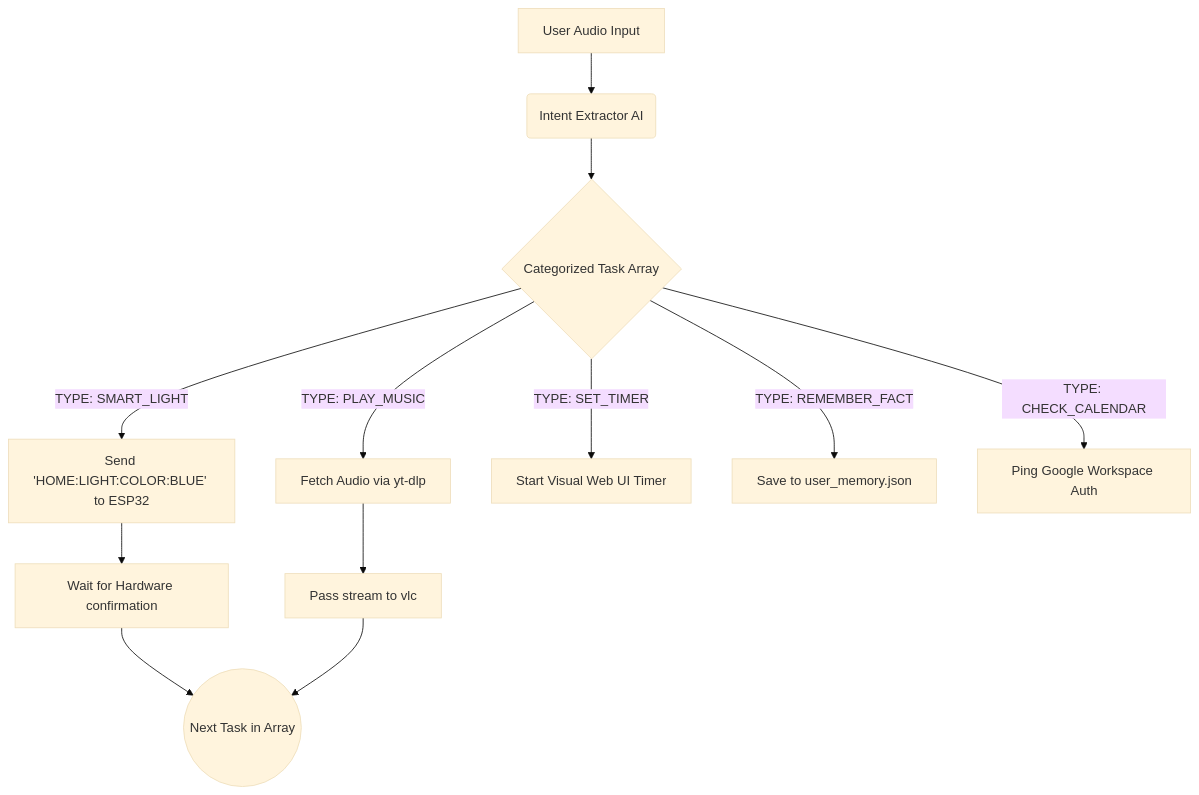
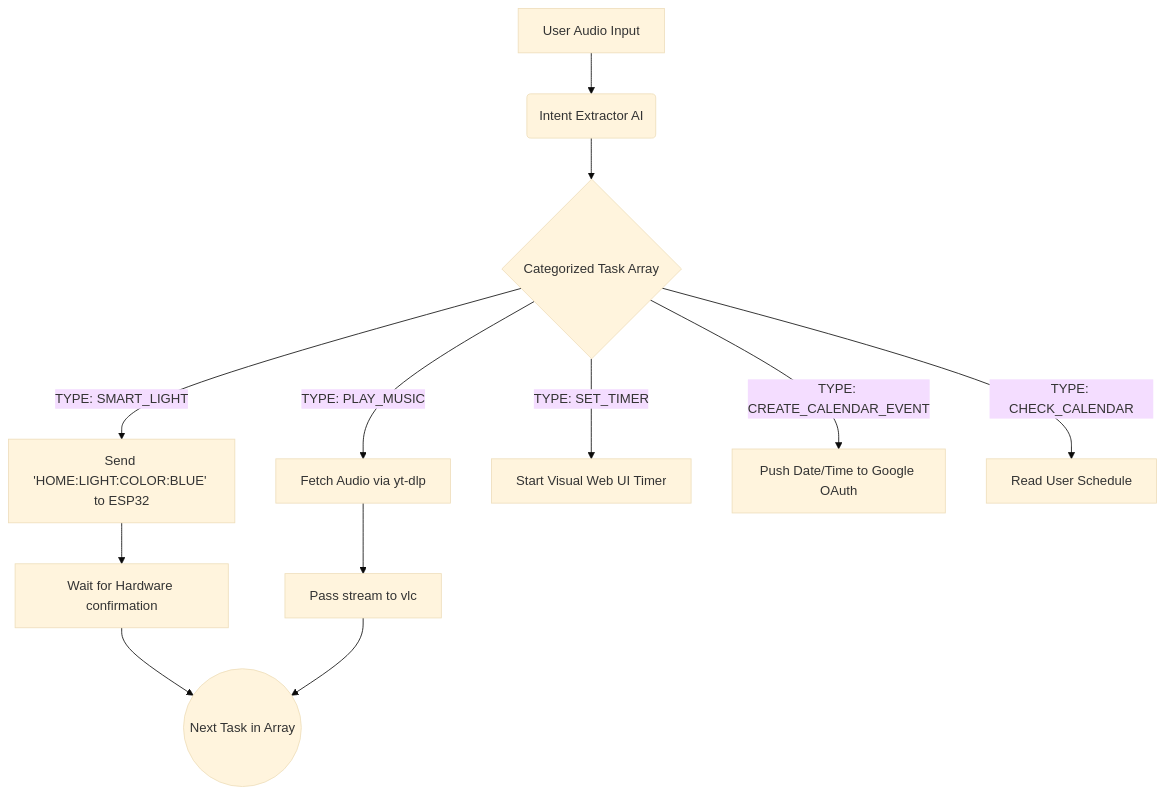
Before and after one commit to zwll0911/NoPants: the second of 2 diagrams in docs/ARCHITECTURE.md, drawn with Mermaid (base theme). The commit also changed other lines of this file and 22 other files, not shown here.

````diff
--- a/docs/ARCHITECTURE.md
+++ b/docs/ARCHITECTURE.md
@@ -52,17 +62,17 @@
 ```mermaid
 graph TD
     A[User Audio Input] --> B(Intent Extractor AI)
     B --> C{Categorized Task Array}
     
     C -->|TYPE: SMART_LIGHT| D[Send 'HOME:LIGHT:COLOR:BLUE' to ESP32]
     C -->|TYPE: PLAY_MUSIC| E[Fetch Audio via yt-dlp]
     C -->|TYPE: SET_TIMER| F[Start Visual Web UI Timer]
-    C -->|TYPE: REMEMBER_FACT| G[Save to user_memory.json]
-    C -->|TYPE: CHECK_CALENDAR| H[Ping Google Workspace Auth]
+    C -->|TYPE: CREATE_CALENDAR_EVENT| G[Push Date/Time to Google OAuth]
+    C -->|TYPE: CHECK_CALENDAR| H[Read User Schedule]
     
     D --> I[Wait for Hardware confirmation]
     E --> J[Pass stream to vlc]
     
     I --> K((Next Task in Array))
     J --> K
 ```
````
